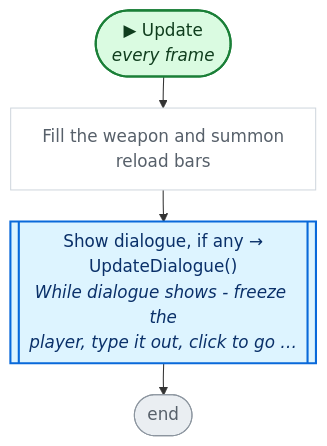
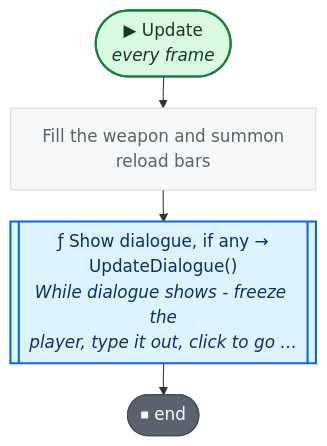
Before and after one commit to nataiai/Lord-of-the-Dungeon: the second of 6 diagrams in CodeGraph~/graph/UI.cs.md, drawn with Mermaid. The commit also changed other lines of this file and 57 other files, not shown here.

````diff
--- a/CodeGraph~/graph/UI.cs.md
+++ b/CodeGraph~/graph/UI.cs.md
@@ -66,35 +68,35 @@
 ```mermaid
 ---
 config:
   flowchart:
     wrappingWidth: 260
     nodeSpacing: 26
     rankSpacing: 30
 ---
 flowchart TD
   nS(["▶ Update<br><i>every frame</i>"])
   n5d0fb2["Fill the weapon and summon<br>reload bars"]
-  n1eca0c[["Show dialogue, if any →<br>UpdateDialogue()<br><i>While dialogue shows - freeze the</i><br><i>player, type it out, click to go …</i>"]]
-  nE(["end"])
+  n1eca0c[["ƒ Show dialogue, if any →<br>UpdateDialogue()<br><i>While dialogue shows - freeze the</i><br><i>player, type it out, click to go …</i>"]]
+  nE(["⏹ end"])
   nS --> n5d0fb2
   n5d0fb2 --> n1eca0c
   n1eca0c --> nE
   classDef unity fill:#dafbe1,stroke:#1a7f37,stroke-width:2px,color:#0f3d1d
   classDef start fill:#dafbe1,stroke:#1a7f37,stroke-width:2px,color:#0f3d1d
-  classDef calc fill:#ffffff,stroke:#d0d7de,color:#57606a
+  classDef calc fill:#f6f8fa,stroke:#d1d9e0,color:#59636e
   classDef calls fill:#ddf4ff,stroke:#0969da,stroke-width:2px,color:#0a3069
-  classDef ext fill:#ddf4ff,stroke:#0969da,stroke-width:2px,stroke-dasharray:5 3,color:#0a3069
-  classDef cond fill:#fff8c5,stroke:#bf8700,stroke-width:1.5px,color:#3d2a00
-  classDef loop fill:#f6f8fa,stroke:#57606a,color:#1f2328
-  classDef exit fill:#ffebe9,stroke:#cf222e,color:#82071e
+  classDef ext fill:#f6f8fa,stroke:#59636e,stroke-width:1.5px,stroke-dasharray:5 5,color:#1f2328
+  classDef cond fill:#fff8c5,stroke:#9a6700,stroke-width:1.5px,color:#3d2a00
+  classDef loop fill:#fff8c5,stroke:#9a6700,color:#3d2a00
+  classDef wait fill:#fff8c5,stroke:#9a6700,color:#3d2a00
+  classDef exit fill:#59636e,stroke:#424a53,color:#ffffff
+  classDef fin fill:#59636e,stroke:#424a53,color:#ffffff
+  classDef act fill:#ffffff,stroke:#59636e,stroke-width:1.5px,color:#1f2328
   classDef kill fill:#ffebe9,stroke:#cf222e,stroke-width:2px,color:#82071e
-  classDef spawn fill:#dafbe1,stroke:#1a7f37,stroke-width:2px,color:#0f3d1d
-  classDef wait fill:#fff1e5,stroke:#bc4c00,color:#4d1d00
-  classDef fin fill:#eaeef2,stroke:#8c959f,color:#57606a
   classDef join fill:#d0d7de,stroke:#8c959f,color:#57606a
   classDef ghdr fill:#f5f9ff,stroke:#f5f9ff,color:#0a3069,font-weight:bold
   class n5d0fb2 calc
   class n1eca0c calls
   class nE fin
   class nS unity
 ```
````
